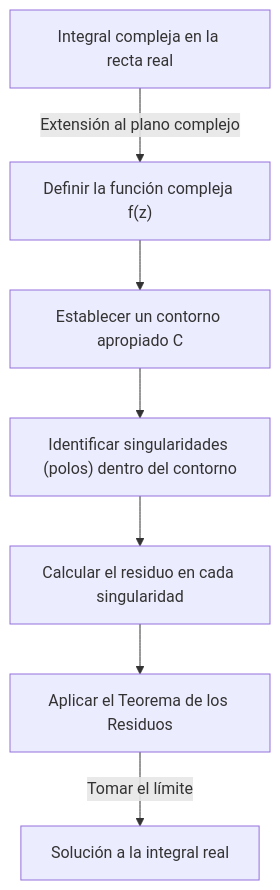
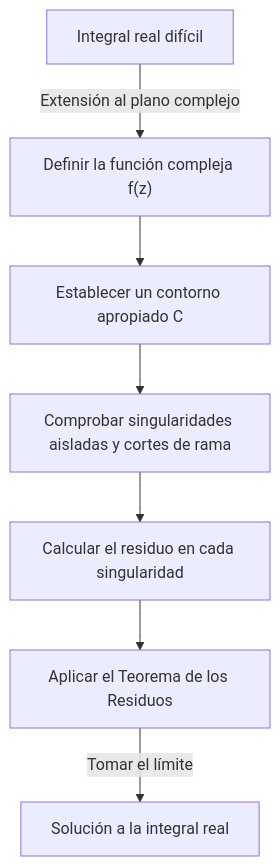
The first of 3 diagrams in content/post/residue-theorem/index.es.md (kenjinote/blog), drawn with Mermaid before and after one commit. The commit also changed other lines of this file and 11 other files, not shown here.

````diff
--- a/content/post/residue-theorem/index.es.md
+++ b/content/post/residue-theorem/index.es.md
@@ -33,9 +34,9 @@
 ```mermaid
 flowchart TD
-    A["Integral compleja en la recta real"] -->|"Extensión al plano complejo"| B["Definir la función compleja f(z)"]
+    A["Integral real difícil"] -->|"Extensión al plano complejo"| B["Definir la función compleja f(z)"]
     B --> C["Establecer un contorno apropiado C"]
-    C --> D["Identificar singularidades (polos) dentro del contorno"]
+    C --> D["Comprobar singularidades aisladas y cortes de rama"]
     D --> E["Calcular el residuo en cada singularidad"]
     E --> F["Aplicar el Teorema de los Residuos"]
     F -->|"Tomar el límite"| G["Solución a la integral real"]
 ```
````
